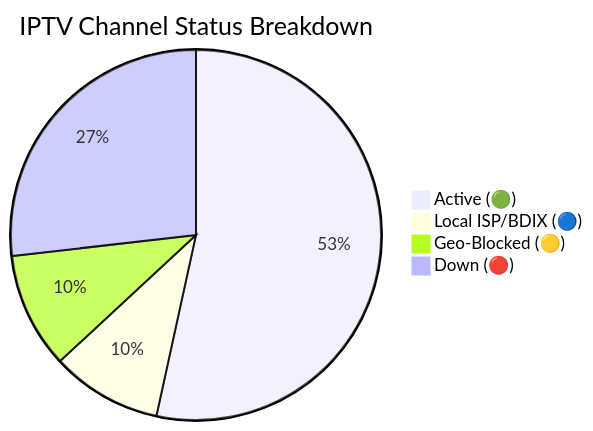
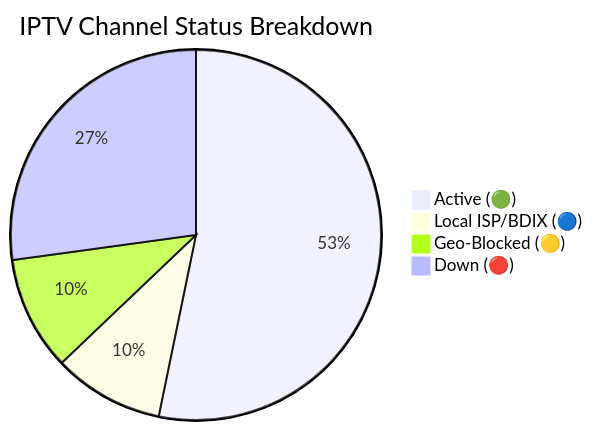
The diagram in README.md (f6388600-ai/Web), drawn with Mermaid before and after one commit. The commit also changed other lines of this file and 6 other files, not shown here.

````diff
--- a/README.md
+++ b/README.md
@@ -149,7 +149,7 @@
 ```mermaid
 pie title IPTV Channel Status Breakdown
-    "Active (🟢)" : 9545
-    "Local ISP/BDIX (🔵)" : 1727
-    "Geo-Blocked (🟡)" : 1803
-    "Down (🔴)" : 4790
+    "Active (🟢)" : 9475
+    "Local ISP/BDIX (🔵)" : 1719
+    "Geo-Blocked (🟡)" : 1771
+    "Down (🔴)" : 4835
 ```
````
